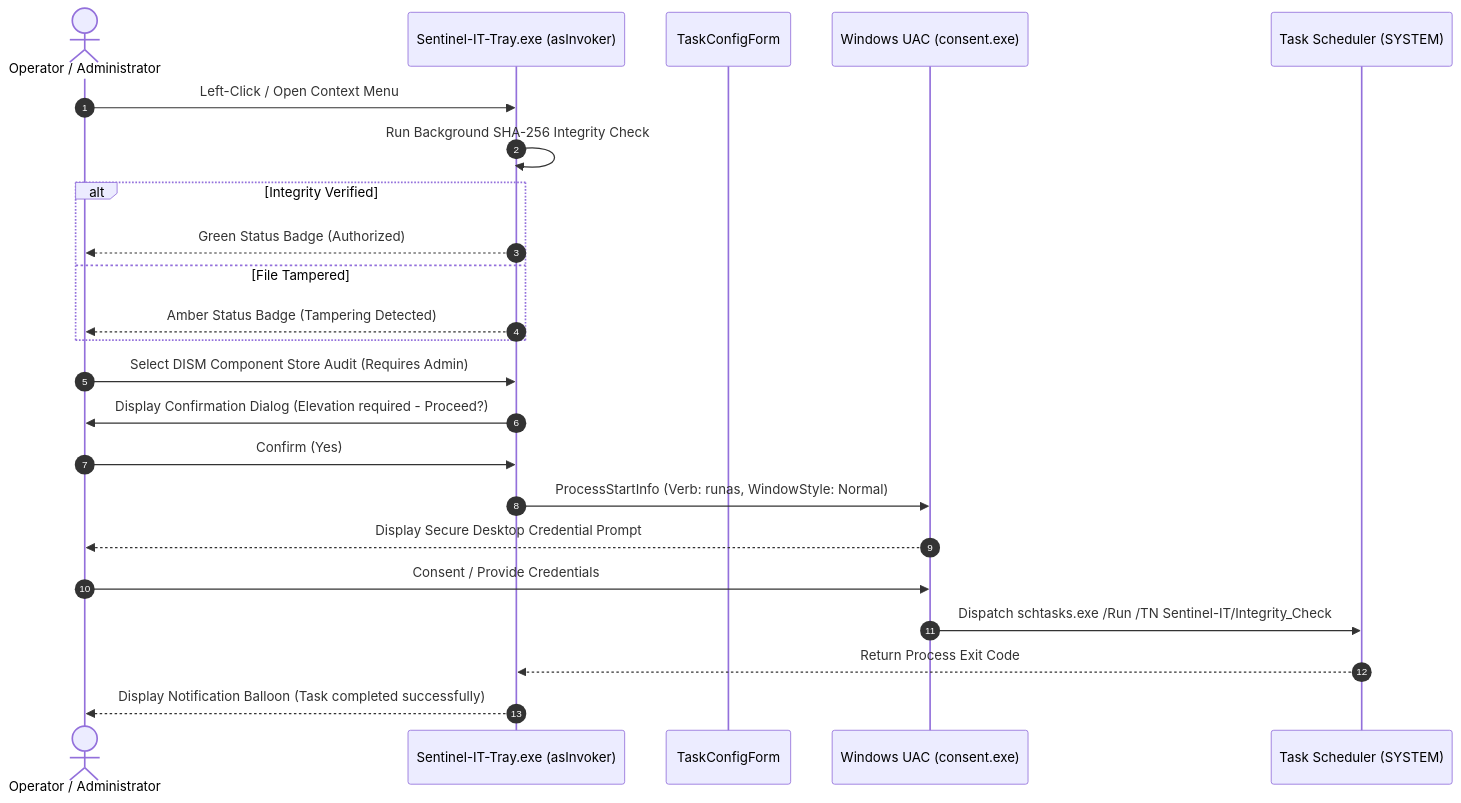
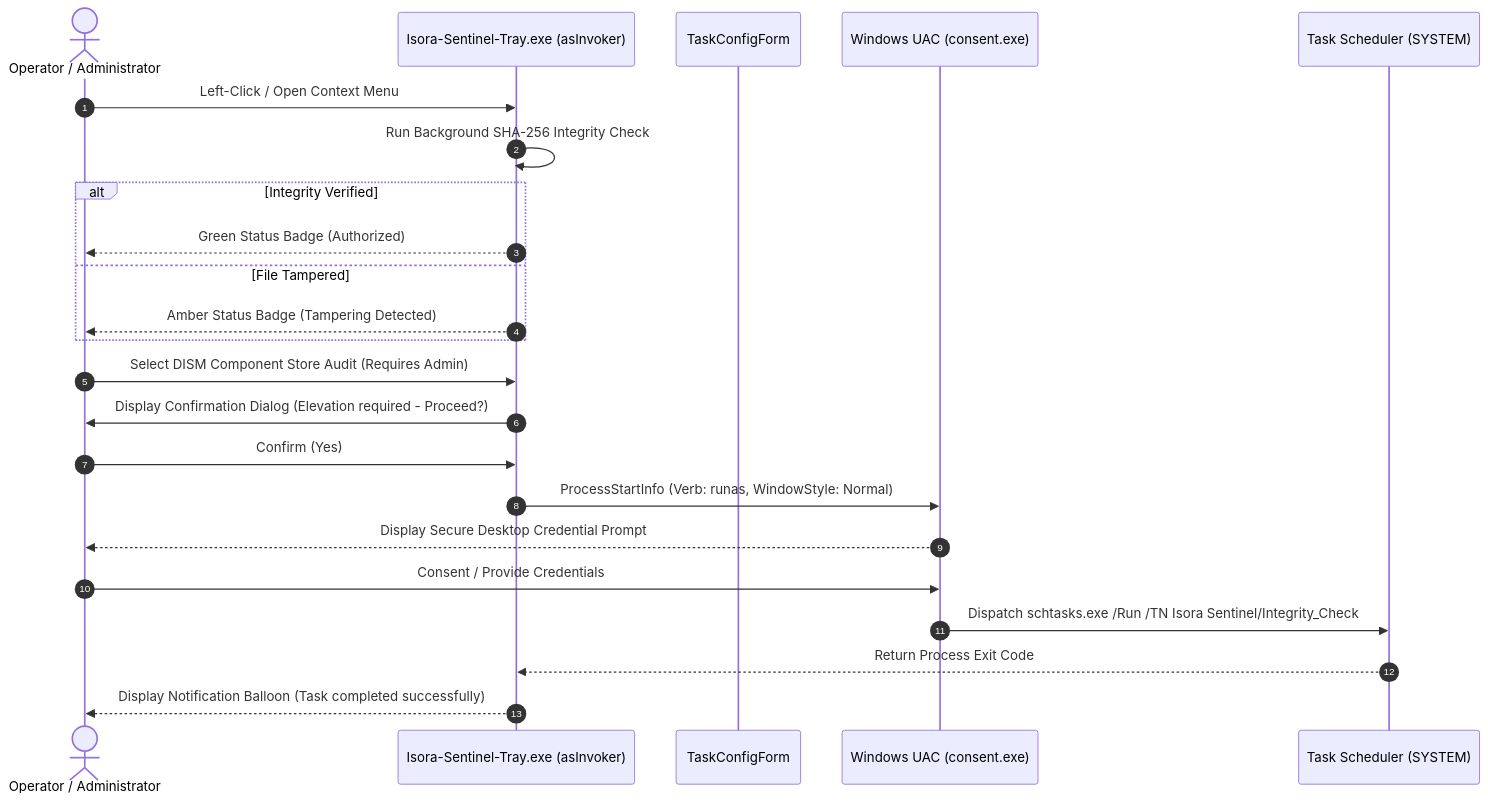
The third of 4 diagrams in docs/ARCHITECTURE.md (isora-cloud-group/Isora-Sentinel), drawn with Mermaid before and after one commit. The commit also changed other lines of this file and 44 other files, not shown here.

Commit message:
refactor: rebrand project to Isora Sentinel and add bilingual internationalization and security hardening

````diff
--- a/docs/ARCHITECTURE.md
+++ b/docs/ARCHITECTURE.md
@@ -108,27 +108,27 @@
 ```mermaid
 sequenceDiagram
     autonumber
     actor User as Operator / Administrator
-    participant Tray as Sentinel-IT-Tray.exe (asInvoker)
+    participant Tray as Isora-Sentinel-Tray.exe (asInvoker)
     participant Config as TaskConfigForm
     participant UAC as Windows UAC (consent.exe)
     participant Sched as Task Scheduler (SYSTEM)
 
     User->>Tray: Left-Click / Open Context Menu
     Tray->>Tray: Run Background SHA-256 Integrity Check
     alt Integrity Verified
         Tray-->>User: Green Status Badge (Authorized)
     else File Tampered
         Tray-->>User: Amber Status Badge (Tampering Detected)
     end
 
     User->>Tray: Select DISM Component Store Audit (Requires Admin)
     Tray->>User: Display Confirmation Dialog (Elevation required - Proceed?)
     User->>Tray: Confirm (Yes)
     Tray->>UAC: ProcessStartInfo (Verb: runas, WindowStyle: Normal)
     UAC-->>User: Display Secure Desktop Credential Prompt
     User->>UAC: Consent / Provide Credentials
-    UAC->>Sched: Dispatch schtasks.exe /Run /TN Sentinel-IT/Integrity_Check
+    UAC->>Sched: Dispatch schtasks.exe /Run /TN Isora Sentinel/Integrity_Check
     Sched-->>Tray: Return Process Exit Code
     Tray-->>User: Display Notification Balloon (Task completed successfully)
 ```
````
